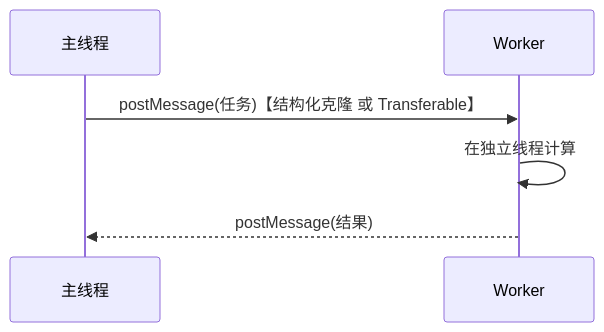
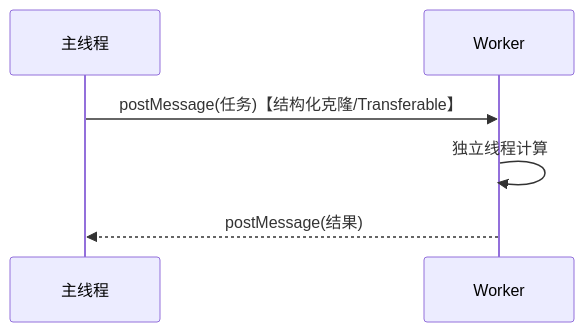
Before and after one commit to inspire-man/frontend-knowledge-base: the diagram in frontend-knowledge-base/卷二-浏览器工作原理/2.7-WebWorker与并发.md, drawn with Mermaid. The commit also changed other lines of this file and 1 other file, not shown here.

Commit message:
docs: 深挖卷二 2.6/2.7 底层逻辑(分层编译/三色标记/结构化克隆/SharedArrayBuffer)

````diff
--- a/frontend-knowledge-base/卷二-浏览器工作原理/2.7-WebWorker与并发.md
+++ b/frontend-knowledge-base/卷二-浏览器工作原理/2.7-WebWorker与并发.md
@@ -28,8 +26,8 @@
 ```mermaid
 sequenceDiagram
     participant M as 主线程
     participant W as Worker
-    M->>W: postMessage(任务)【结构化克隆 或 Transferable】
-    W->>W: 在独立线程计算
+    M->>W: postMessage(任务)【结构化克隆/Transferable】
+    W->>W: 独立线程计算
     W-->>M: postMessage(结果)
 ```
````
